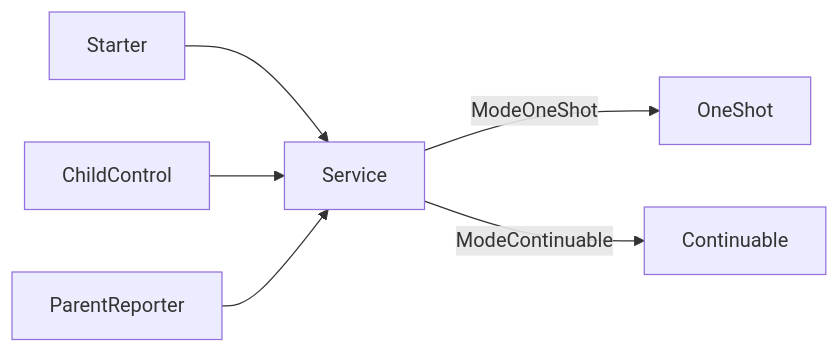
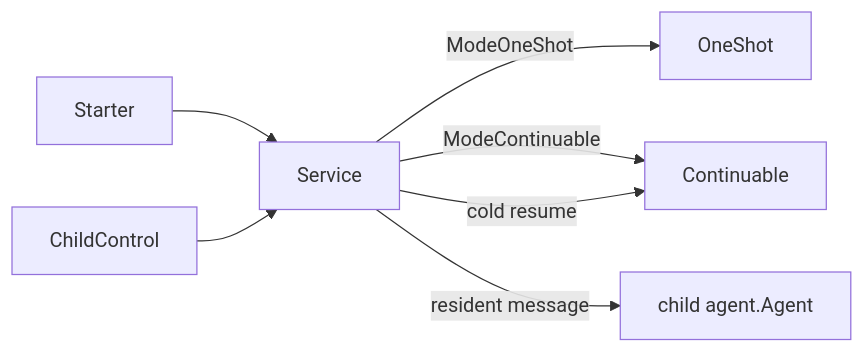
Before and after one commit to gorenx/goren: the diagram in subagent/internal/subagents/README.zh-CN.md, drawn with Mermaid. The commit also changed other lines of this file and 11 other files, not shown here.

````diff
--- a/subagent/internal/subagents/README.zh-CN.md
+++ b/subagent/internal/subagents/README.zh-CN.md
@@ -5,8 +5,9 @@
 ```mermaid
 flowchart LR
     Starter --> Service
     ChildControl --> Service
-    ParentReporter --> Service
     Service -->|ModeOneShot| OneShot
     Service -->|ModeContinuable| Continuable
+    Service -->|resident message| ChildAgent[child agent.Agent]
+    Service -->|cold resume| Continuable
 ```
````
